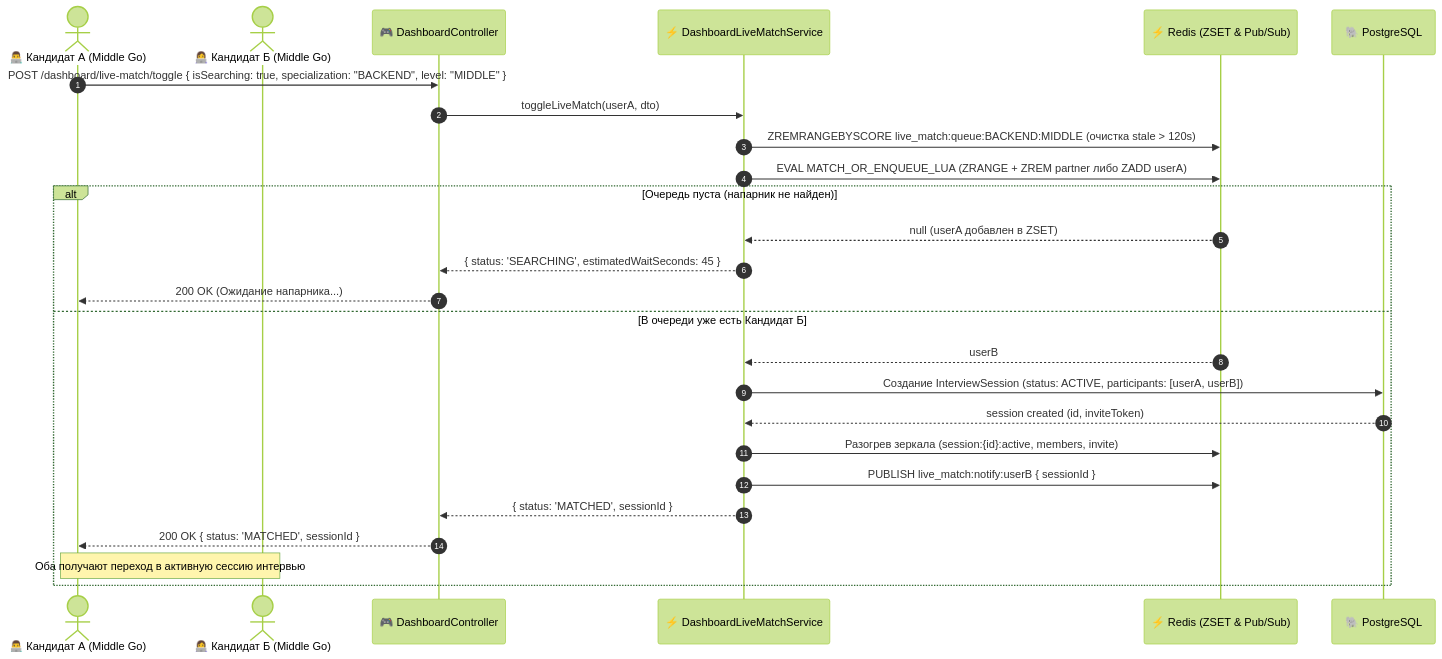
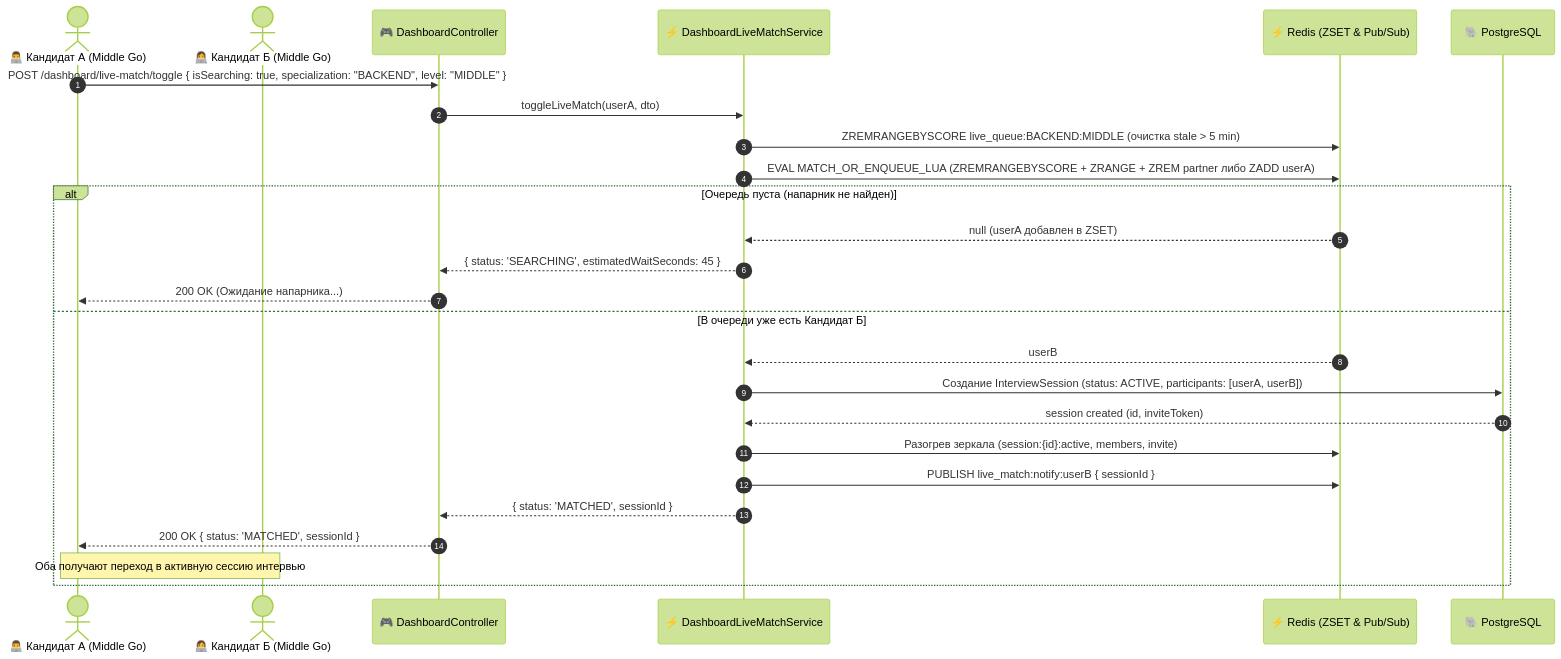
Before and after one commit to Riko4502/MockInterviewAI: the second of 2 diagrams in docs/tasks/dashboard-api.md, drawn with Mermaid (forest theme). The commit also changed other lines of this file and 4 other files, not shown here.

Commit message:
feat(api): implement dashboard live match service with Redis queue logic and unit tests

````diff
--- a/docs/tasks/dashboard-api.md
+++ b/docs/tasks/dashboard-api.md
@@ -104,29 +104,29 @@
 ```mermaid
 sequenceDiagram
     autonumber
     actor CandidateA as 👨‍💻 Кандидат А (Middle Go)
     actor CandidateB as 👩‍💻 Кандидат Б (Middle Go)
     participant Ctrl as 🎮 DashboardController
     participant LMSvc as ⚡ DashboardLiveMatchService
     participant Redis as ⚡ Redis (ZSET & Pub/Sub)
     participant DB as 🐘 PostgreSQL
 
     CandidateA->>Ctrl: POST /dashboard/live-match/toggle { isSearching: true, specialization: "BACKEND", level: "MIDDLE" }
     Ctrl->>LMSvc: toggleLiveMatch(userA, dto)
-    LMSvc->>Redis: ZREMRANGEBYSCORE live_match:queue:BACKEND:MIDDLE (очистка stale > 120s)
-    LMSvc->>Redis: EVAL MATCH_OR_ENQUEUE_LUA (ZRANGE + ZREM partner либо ZADD userA)
+    LMSvc->>Redis: ZREMRANGEBYSCORE live_queue:BACKEND:MIDDLE (очистка stale > 5 min)
+    LMSvc->>Redis: EVAL MATCH_OR_ENQUEUE_LUA (ZREMRANGEBYSCORE + ZRANGE + ZREM partner либо ZADD userA)
     alt Очередь пуста (напарник не найден)
         Redis-->>LMSvc: null (userA добавлен в ZSET)
         LMSvc-->>Ctrl: { status: 'SEARCHING', estimatedWaitSeconds: 45 }
         Ctrl-->>CandidateA: 200 OK (Ожидание напарника...)
     else В очереди уже есть Кандидат Б
         Redis-->>LMSvc: userB
         LMSvc->>DB: Создание InterviewSession (status: ACTIVE, participants: [userA, userB])
         DB-->>LMSvc: session created (id, inviteToken)
         LMSvc->>Redis: Разогрев зеркала (session:{id}:active, members, invite)
         LMSvc->>Redis: PUBLISH live_match:notify:userB { sessionId }
         LMSvc-->>Ctrl: { status: 'MATCHED', sessionId }
         Ctrl-->>CandidateA: 200 OK { status: 'MATCHED', sessionId }
         Note over CandidateA, CandidateB: Оба получают переход в активную сессию интервью
     end
 ```
````
